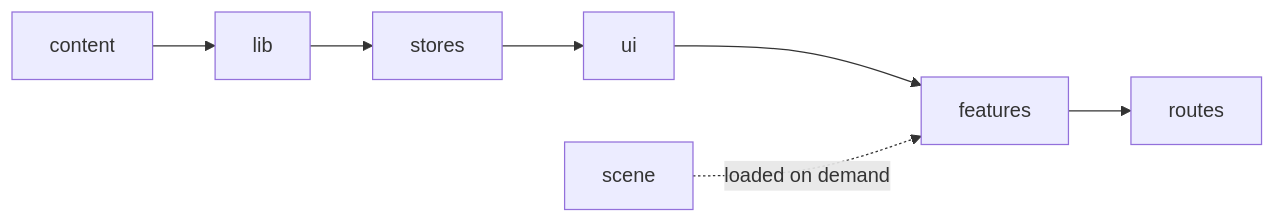
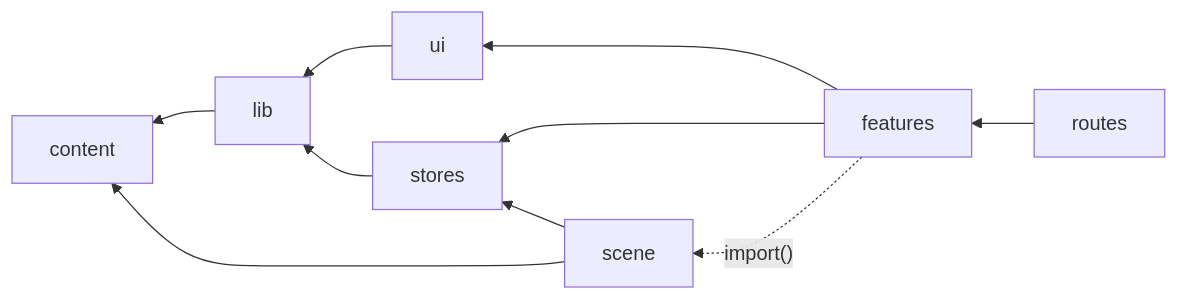
Before and after one commit to Tortoise-code-Z/Portfolio---Cosmos: the diagram in README.md, drawn with Mermaid. The commit also changed other lines of this file and 18 other files, not shown here.

````diff
--- a/README.md
+++ b/README.md
@@ -84,5 +87,8 @@
 ```mermaid
-flowchart LR
-  content --> lib --> stores --> ui --> features --> routes
-  scene -.->|"loaded on demand"| features
+flowchart RL
+  routes --> features --> ui --> lib --> content
+  features --> stores --> lib
+  scene --> stores
+  scene --> content
+  features -. "import()" .-> scene
 ```
````
